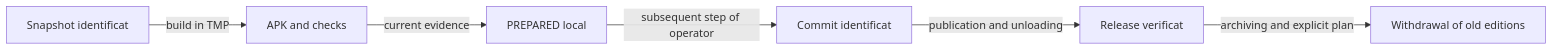
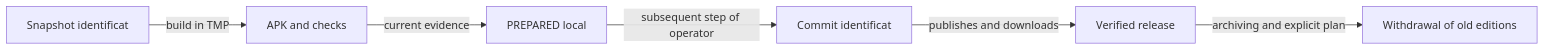
The diagram in docs/platform/ATF_ReleaseRetention.md (crististefanita/atf_j4), drawn with Mermaid before and after one commit. The commit also changed other lines of this file and 84 other files, not shown here.

````diff
--- a/docs/platform/ATF_ReleaseRetention.md
+++ b/docs/platform/ATF_ReleaseRetention.md
@@ -58,8 +58,8 @@
 ```mermaid
 flowchart LR
     SOURCE[Snapshot identificat] -->|build in TMP| APK[APK and checks]
     APK -->|current evidence| LOCAL[PREPARED local]
     LOCAL -->|subsequent step of operator| BOUND[Commit identificat]
-    BOUND -->|publication and unloading| LIVE[Release verificat]
+    BOUND -->|publishes and downloads| LIVE[Verified release]
     LIVE -->|archiving and explicit plan| RETIRE[Withdrawal of old editions]
 ```
````
